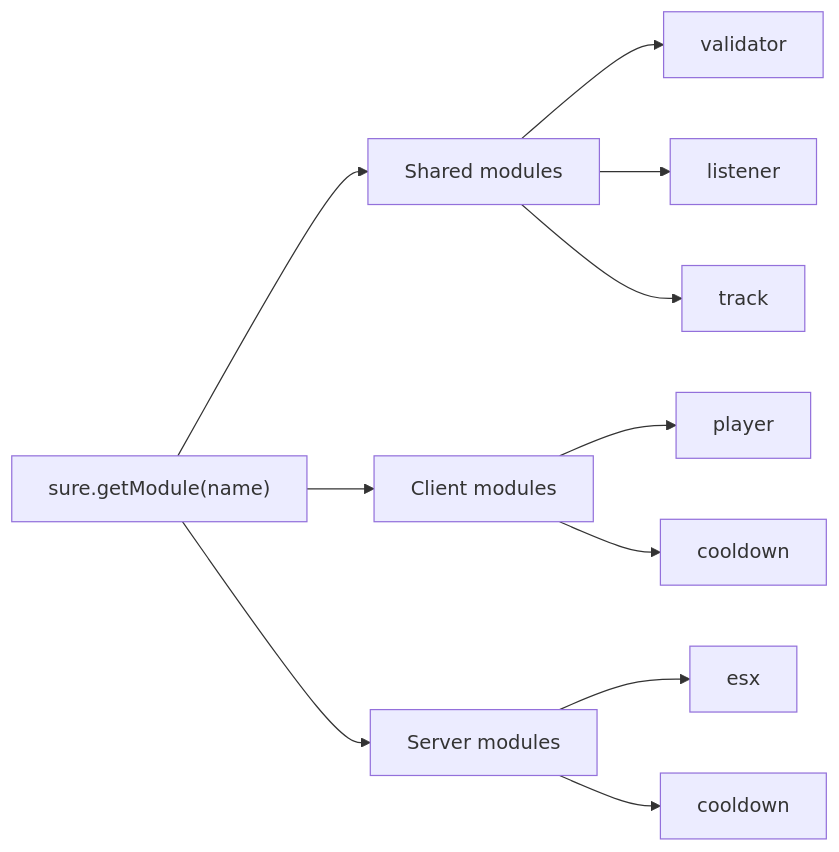
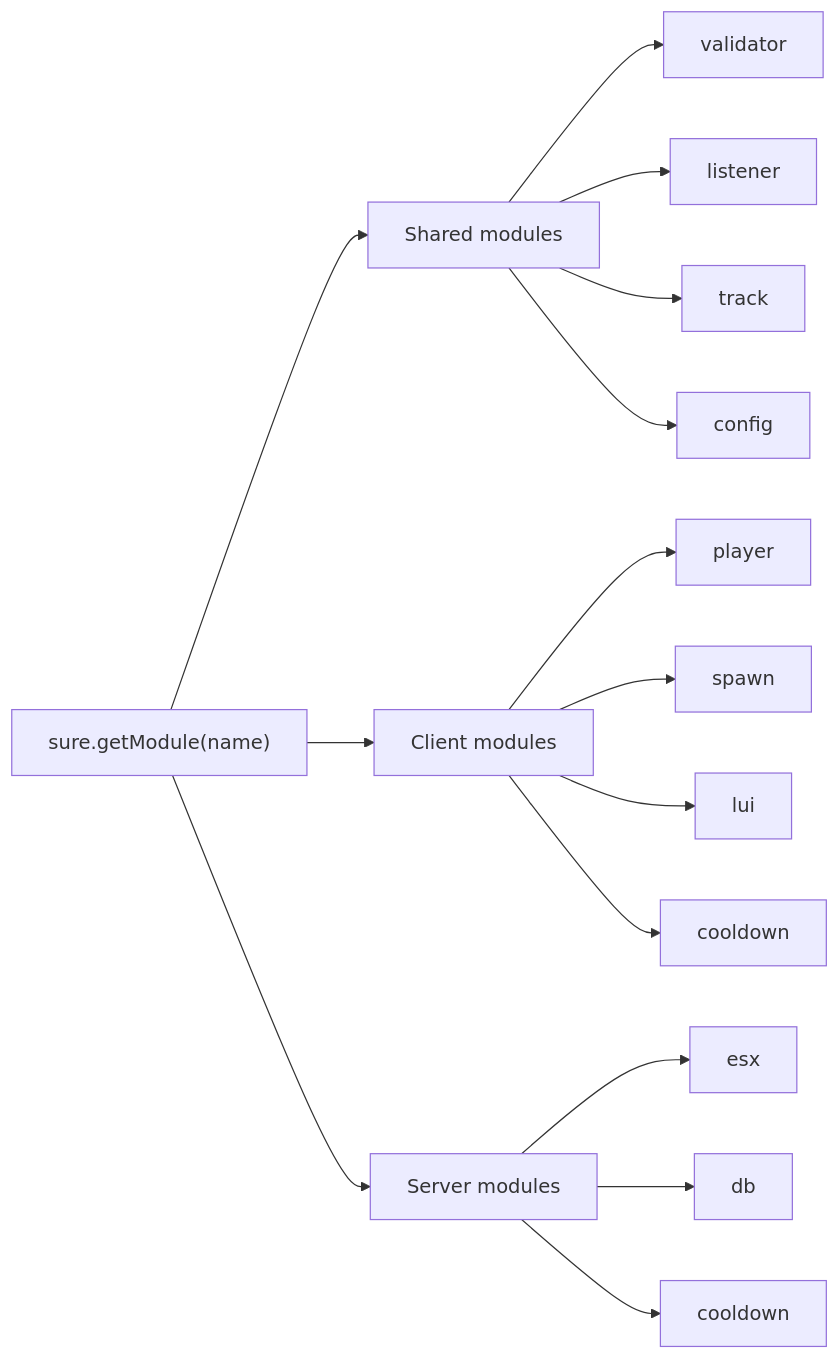
Before and after one commit to Sure-Development/sure-docs: the diagram in index.mdx, drawn with Mermaid. The commit also changed other lines of this file and 11 other files, not shown here.

````diff
--- a/index.mdx
+++ b/index.mdx
@@ -37,18 +40,22 @@
 ```mermaid
 flowchart LR
   Loader["sure.getModule(name)"]
   Shared["Shared modules"]
   Client["Client modules"]
   Server["Server modules"]
 
   Loader --> Shared
   Loader --> Client
   Loader --> Server
   Shared --> Validator["validator"]
   Shared --> Listener["listener"]
   Shared --> Track["track"]
+  Shared --> Config["config"]
   Client --> Player["player"]
+  Client --> Spawn["spawn"]
+  Client --> LUI["lui"]
   Client --> ClientCooldown["cooldown"]
   Server --> ESX["esx"]
+  Server --> DB["db"]
   Server --> ServerCooldown["cooldown"]
 ```
````
